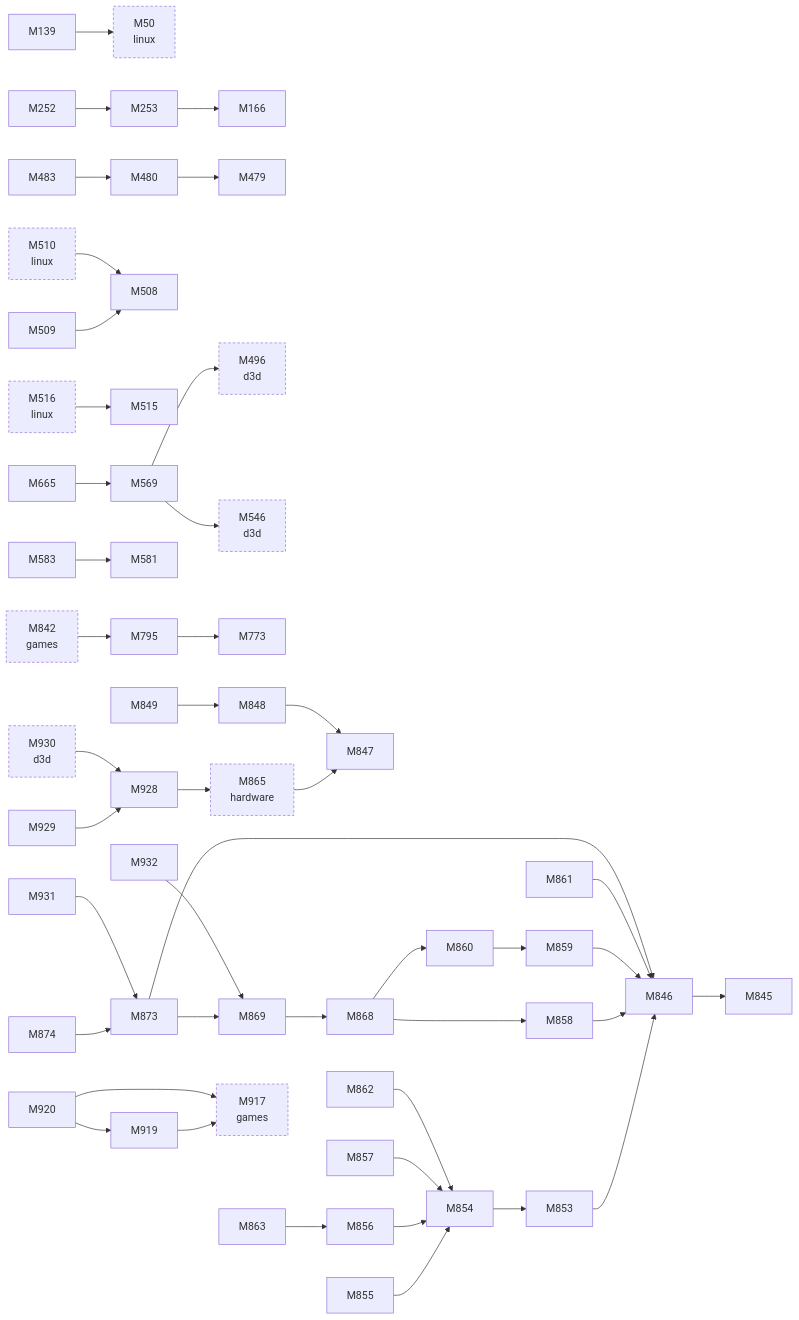
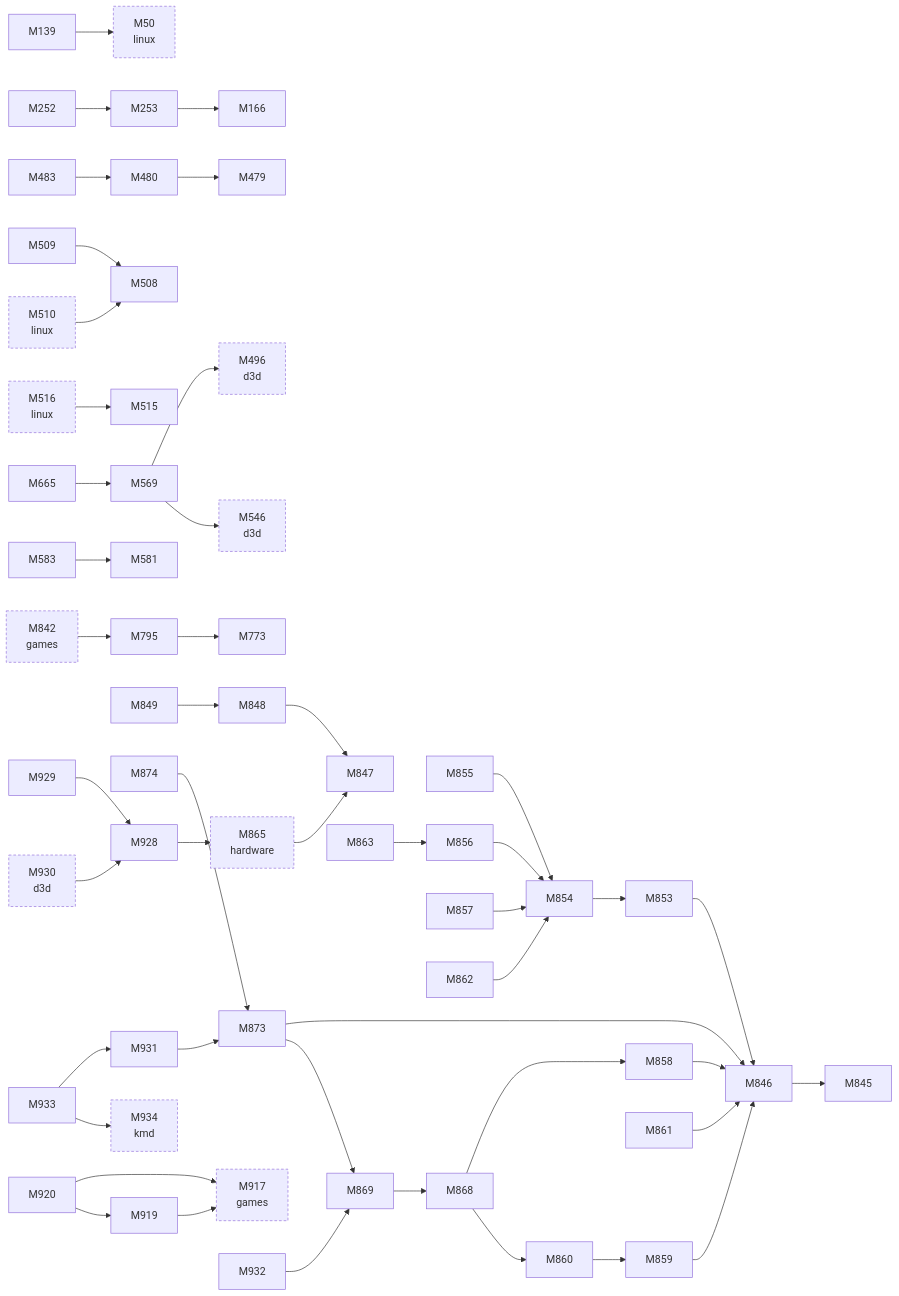
The second of 2 diagrams in docs/facts/graphs/icd.md (D-Ogi/amdgpu-wddm), drawn with Mermaid before and after one commit. The commit also changed 25 other files, not shown here.

````diff
--- a/docs/facts/graphs/icd.md
+++ b/docs/facts/graphs/icd.md
@@ -90,6 +90,8 @@
   M930["M930<br/>d3d"]
   M931["M931"]
   M932["M932"]
+  M933["M933"]
+  M934["M934<br/>kmd"]
   M865 --> M847
   M139 --> M50
   M252 --> M253
@@ -129,10 +131,12 @@
   M929 --> M928
   M931 --> M873
   M932 --> M869
+  M933 --> M931
+  M933 --> M934
   M930 --> M928
   M842 --> M795
   M510 --> M508
   M516 --> M515
   classDef other stroke-dasharray:4 3
-  class M50,M496,M510,M516,M546,M842,M865,M917,M930 other
+  class M50,M496,M510,M516,M546,M842,M865,M917,M930,M934 other
 ```
````
